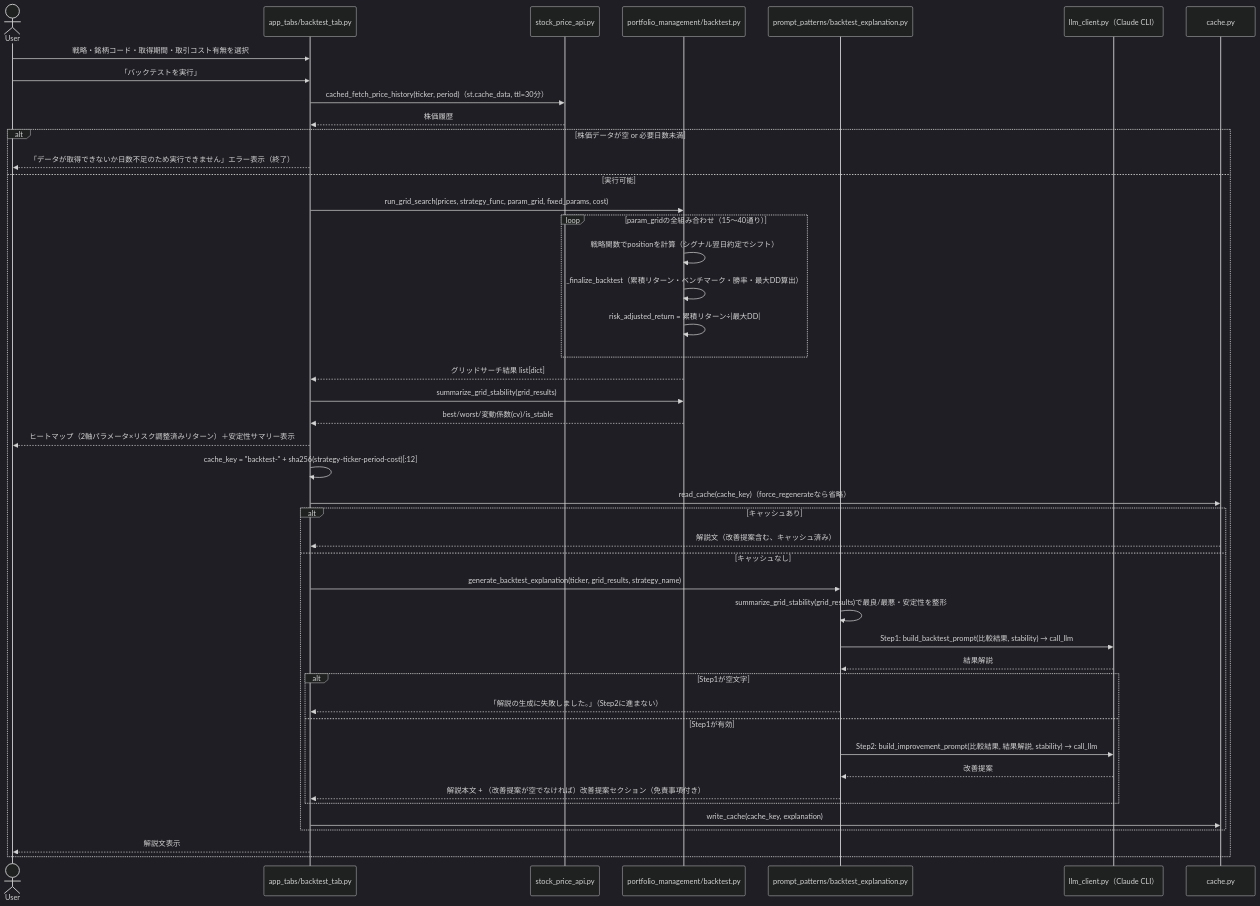
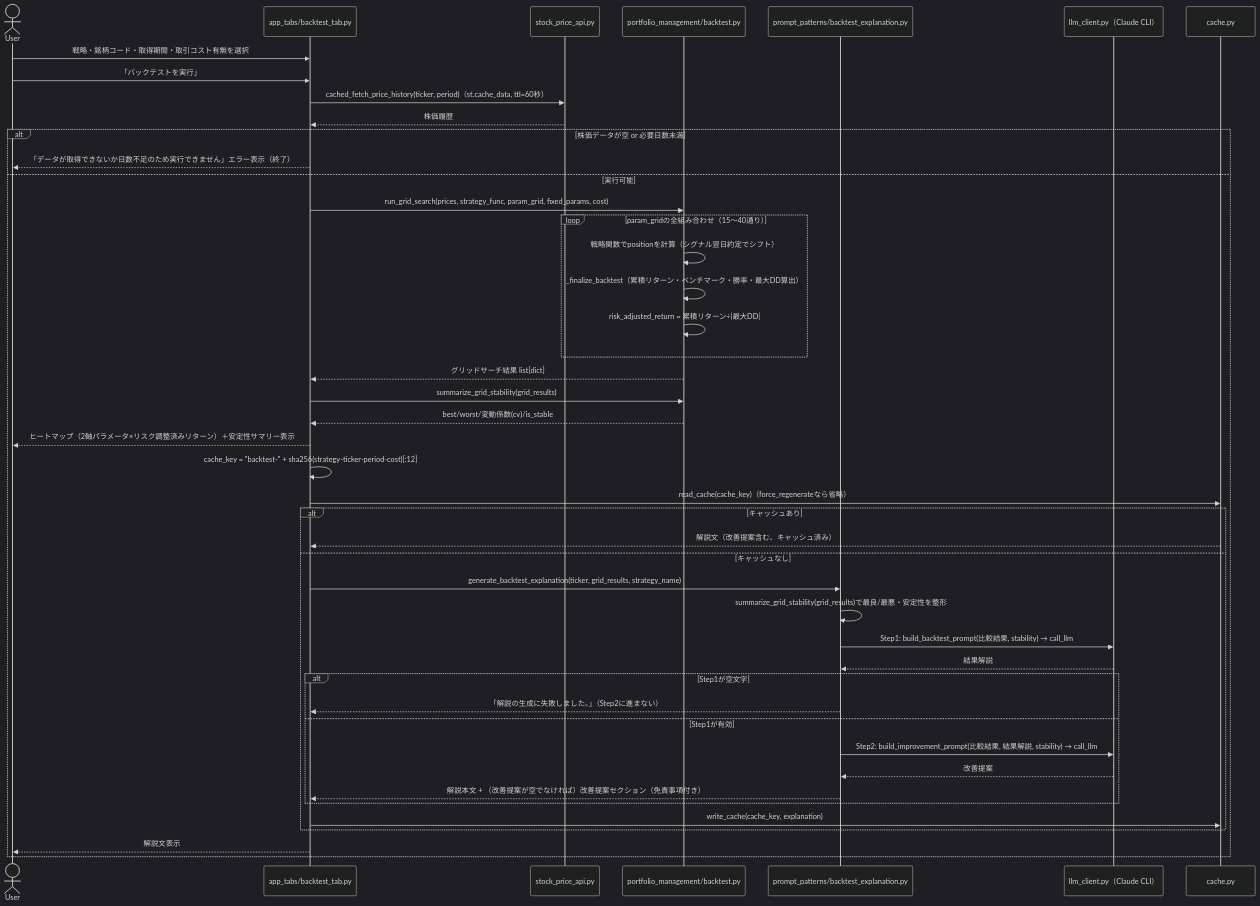
One commit to duwenji/ai-stock-investing-tutorial changed the fourth of 13 diagrams in app/docs/app-design.md. Above: the diagram before and after it, drawn with Mermaid (dark theme). The commit also changed other lines of this file, not shown here.

````diff
--- a/app/docs/app-design.md
+++ b/app/docs/app-design.md
@@ -473,48 +536,48 @@
 ```mermaid
 sequenceDiagram
     actor User
     participant UI as app_tabs/backtest_tab.py
     participant PriceAPI as stock_price_api.py
     participant Backtest as portfolio_management/backtest.py
     participant BacktestP as prompt_patterns/backtest_explanation.py
     participant LLM as llm_client.py（Claude CLI）
     participant Cache as cache.py
 
     User->>UI: 戦略・銘柄コード・取得期間・取引コスト有無を選択
     User->>UI: 「バックテストを実行」
-    UI->>PriceAPI: cached_fetch_price_history(ticker, period)（st.cache_data, ttl=30分）
+    UI->>PriceAPI: cached_fetch_price_history(ticker, period)（st.cache_data, ttl=60秒）
     PriceAPI-->>UI: 株価履歴
     alt 株価データが空 or 必要日数未満
         UI-->>User: 「データが取得できないか日数不足のため実行できません」エラー表示（終了）
     else 実行可能
         UI->>Backtest: run_grid_search(prices, strategy_func, param_grid, fixed_params, cost)
         loop param_gridの全組み合わせ（15〜40通り）
             Backtest->>Backtest: 戦略関数でpositionを計算（シグナル翌日約定でシフト）
             Backtest->>Backtest: _finalize_backtest（累積リターン・ベンチマーク・勝率・最大DD算出）
             Backtest->>Backtest: risk_adjusted_return = 累積リターン÷|最大DD|
         end
         Backtest-->>UI: グリッドサーチ結果 list[dict]
         UI->>Backtest: summarize_grid_stability(grid_results)
         Backtest-->>UI: best/worst/変動係数(cv)/is_stable
         UI-->>User: ヒートマップ（2軸パラメータ×リスク調整済みリターン）＋安定性サマリー表示
         UI->>UI: cache_key = "backtest-" + sha256(strategy-ticker-period-cost)[:12]
         UI->>Cache: read_cache(cache_key)（force_regenerateなら省略）
         alt キャッシュあり
             Cache-->>UI: 解説文（改善提案含む、キャッシュ済み）
         else キャッシュなし
             UI->>BacktestP: generate_backtest_explanation(ticker, grid_results, strategy_name)
             BacktestP->>BacktestP: summarize_grid_stability(grid_results)で最良/最悪・安定性を整形
             BacktestP->>LLM: Step1: build_backtest_prompt(比較結果, stability) → call_llm
             LLM-->>BacktestP: 結果解説
             alt Step1が空文字
                 BacktestP-->>UI: 「解説の生成に失敗しました。」（Step2に進まない）
             else Step1が有効
                 BacktestP->>LLM: Step2: build_improvement_prompt(比較結果, 結果解説, stability) → call_llm
                 LLM-->>BacktestP: 改善提案
                 BacktestP-->>UI: 解説本文 + （改善提案が空でなければ）改善提案セクション（免責事項付き）
             end
             UI->>Cache: write_cache(cache_key, explanation)
         end
         UI-->>User: 解説文表示
     end
 ```
````
